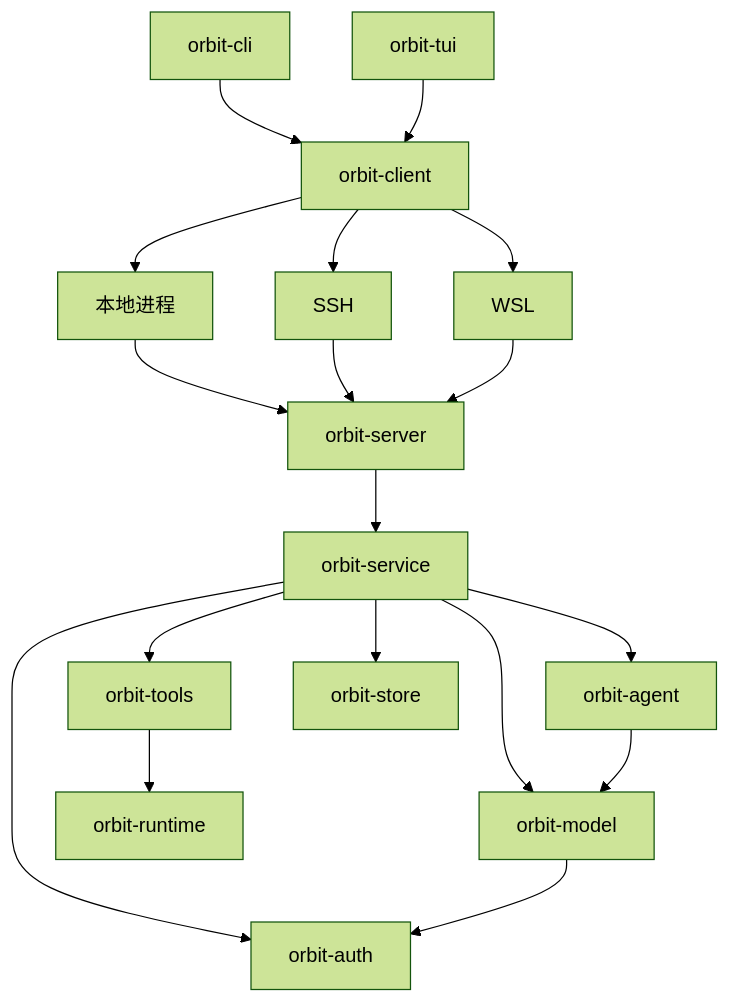
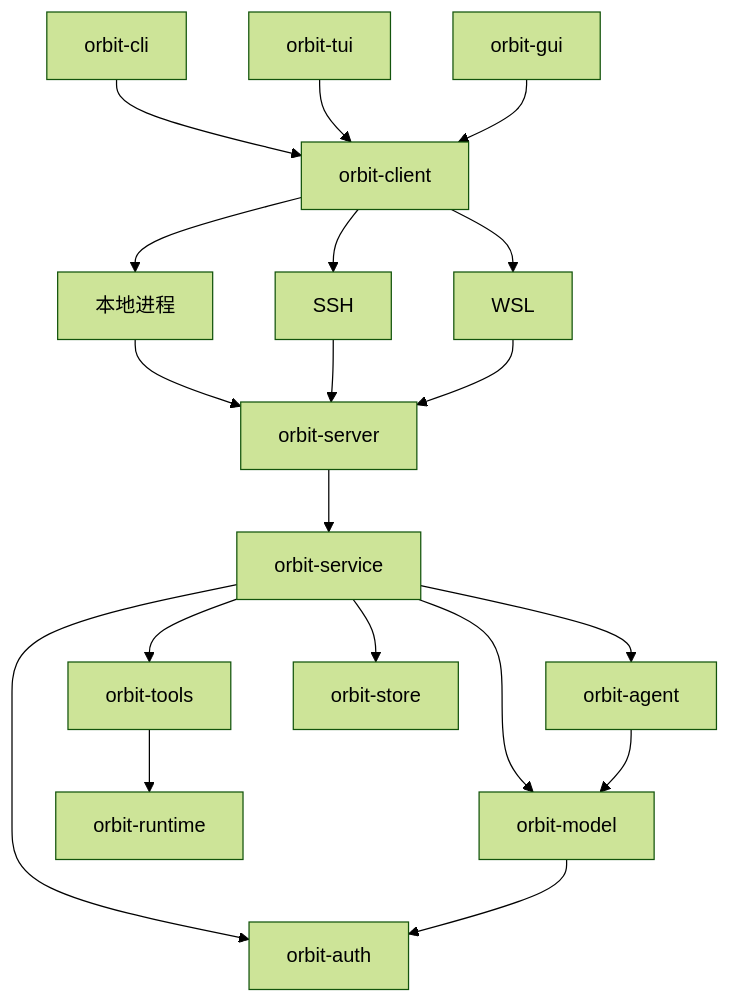
The diagram in README.md (linyisu/orbit), drawn with Mermaid (forest theme) before and after one commit. The commit also changed other lines of this file and 41 other files, not shown here.

````diff
--- a/README.md
+++ b/README.md
@@ -65,20 +68,21 @@
 ```mermaid
 flowchart TD
     CLI[orbit-cli] --> CLIENT[orbit-client]
     TUI[orbit-tui] --> CLIENT
+    GUI[orbit-gui] --> CLIENT
     CLIENT --> LOCAL[本地进程]
     CLIENT --> SSH[SSH]
     CLIENT --> WSL[WSL]
     LOCAL --> SERVER[orbit-server]
     SSH --> SERVER
     WSL --> SERVER
     SERVER --> APP[orbit-service]
     APP --> AGENT[orbit-agent]
     APP --> TOOLS[orbit-tools]
     APP --> STORE[orbit-store]
     APP --> MODEL[orbit-model]
     APP --> AUTH[orbit-auth]
     TOOLS --> RUNTIME[orbit-runtime]
     AGENT --> MODEL
     MODEL --> AUTH
 ```
````
